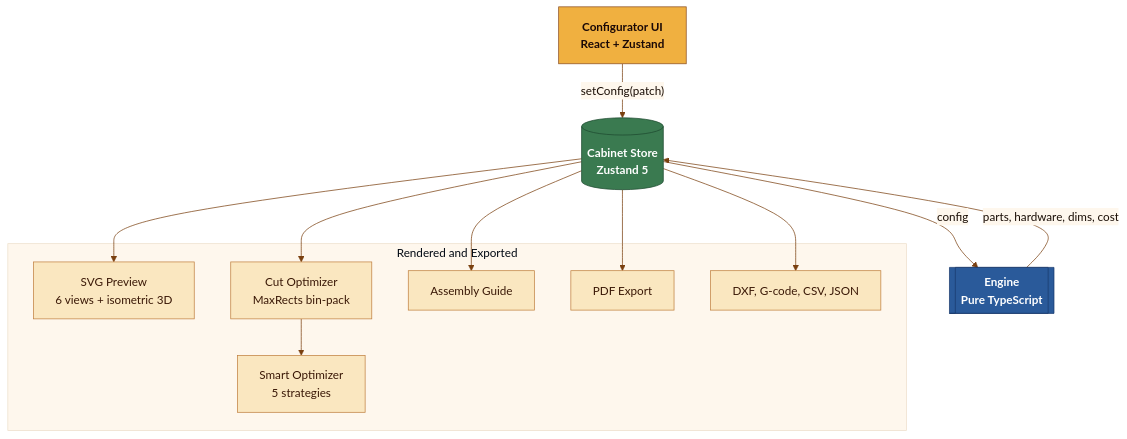
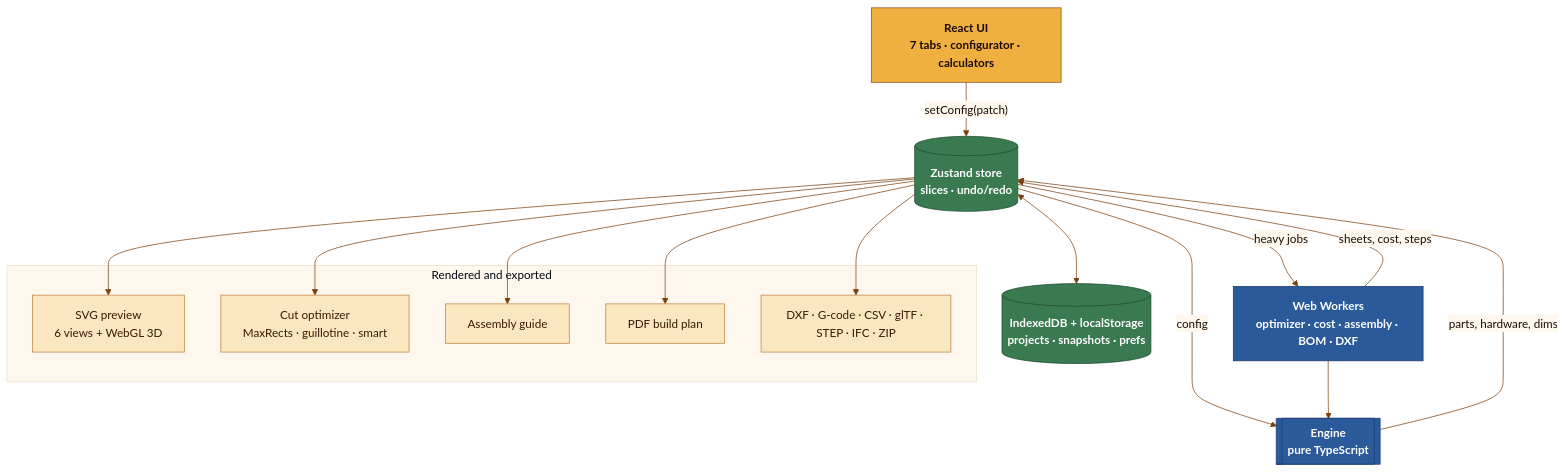
The first of 2 diagrams in README.md (RajwanYair/WoodworkingShop), drawn with Mermaid before and after one commit. The commit also changed other lines of this file and 159 other files, not shown here.

Commit message:
feat: advance v5.35.0 roadmap work

````diff
--- a/README.md
+++ b/README.md
@@ -162,36 +166,40 @@
 ```mermaid
 %%{init: {'theme': 'base', 'themeVariables': {'primaryColor': '#f0b040', 'primaryTextColor': '#1a0e06', 'primaryBorderColor': '#8b5022', 'lineColor': '#7a4010', 'secondaryColor': '#f8ede0', 'tertiaryColor': '#fef7ed', 'edgeLabelBackground': '#fef7ed'}}}%%
 graph TD
-    UI["Configurator UI\nReact + Zustand"]
-    Store[("Cabinet Store\nZustand 5")]
-    Engine[["Engine\nPure TypeScript"]]
+    UI["React UI<br/>7 tabs · configurator · calculators"]
+    Store[("Zustand store<br/>slices · undo/redo")]
+    Engine[["Engine<br/>pure TypeScript"]]
+    Workers["Web Workers<br/>optimizer · cost · assembly · BOM · DXF"]
+    Storage[("IndexedDB + localStorage<br/>projects · snapshots · prefs")]
 
-    subgraph Outputs["Rendered and Exported"]
-        Preview["SVG Preview\n6 views + isometric 3D"]
-        Optimizer["Cut Optimizer\nMaxRects bin-pack"]
-        Smart["Smart Optimizer\n5 strategies"]
-        Assembly["Assembly Guide"]
-        PDF["PDF Export"]
-        Exports["DXF, G-code, CSV, JSON"]
+    subgraph Outputs["Rendered and exported"]
+        Preview["SVG preview<br/>6 views + WebGL 3D"]
+        Optimizer["Cut optimizer<br/>MaxRects · guillotine · smart"]
+        Assembly["Assembly guide"]
+        PDF["PDF build plan"]
+        Exports["DXF · G-code · CSV · glTF · STEP · IFC · ZIP"]
     end
 
     UI -->|"setConfig(patch)"| Store
     Store -->|config| Engine
-    Engine -->|"parts, hardware, dims, cost"| Store
+    Store -->|"heavy jobs"| Workers
+    Workers --> Engine
+    Engine -->|"parts, hardware, dims"| Store
+    Workers -->|"sheets, cost, steps"| Store
+    Store <--> Storage
     Store --> Preview
     Store --> Optimizer
-    Optimizer --> Smart
     Store --> Assembly
     Store --> PDF
     Store --> Exports
 
     classDef ui fill:#f0b040,stroke:#8b5022,color:#1a0806,font-weight:bold
     classDef store fill:#3a7a50,stroke:#1e4a30,color:#ffffff,font-weight:bold
     classDef engine fill:#2a5a9a,stroke:#1a3a6e,color:#ffffff,font-weight:bold
     classDef output fill:#fae7c0,stroke:#c08040,color:#3a1806
 
     class UI ui
-    class Store store
-    class Engine engine
-    class Preview,Optimizer,Smart,Assembly,PDF,Exports output
+    class Store,Storage store
+    class Engine,Workers engine
+    class Preview,Optimizer,Assembly,PDF,Exports output
 ```
````
